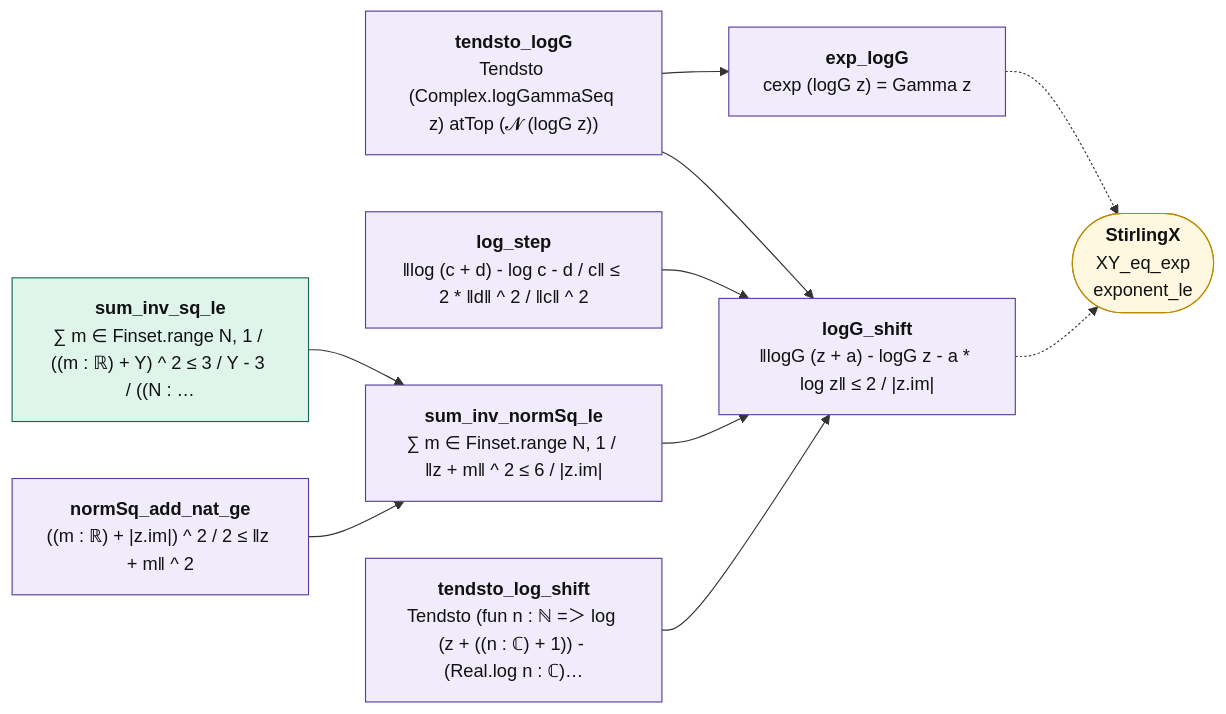
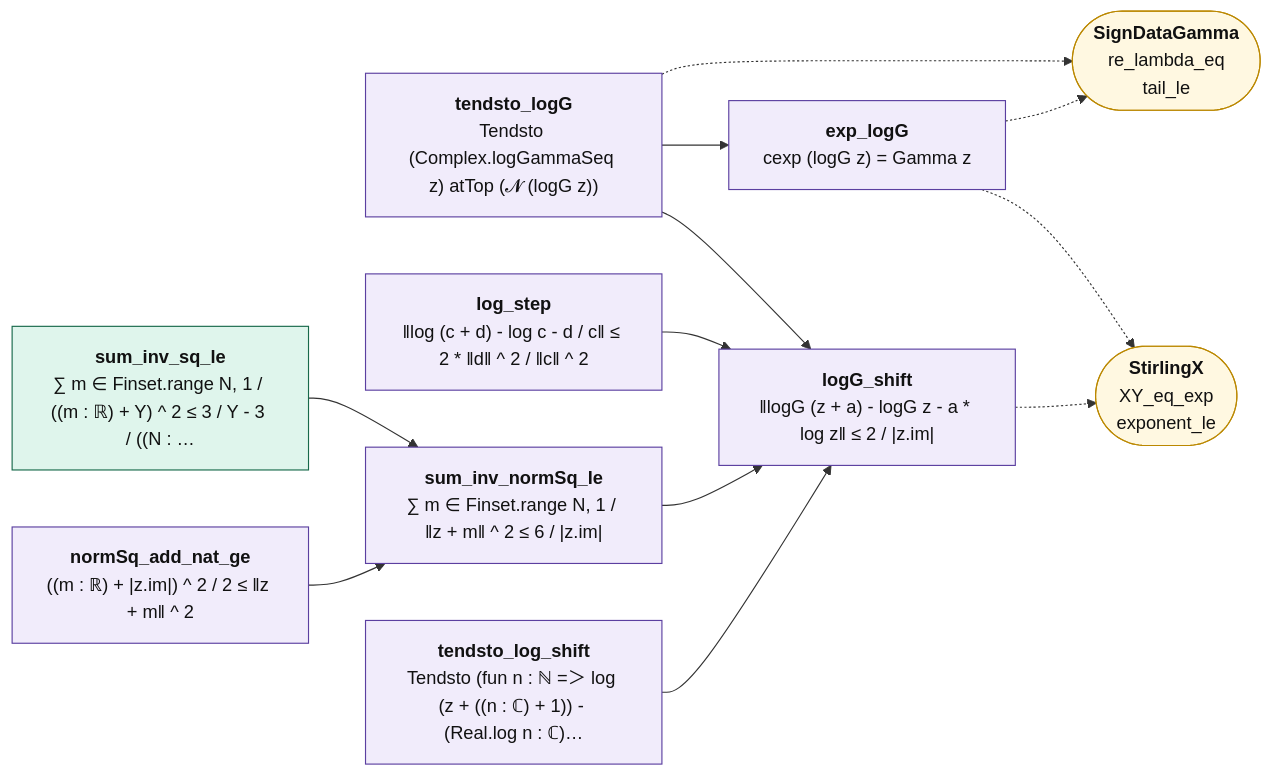
One commit to juliansambranojr/Primebeat_081426 changed the diagram in map/lean_stage3/StirlingLog.md. Above: the diagram before and after it, drawn with Mermaid. The commit also changed other lines of this file and 180 other files, not shown here.

````diff
--- a/map/lean_stage3/StirlingLog.md
+++ b/map/lean_stage3/StirlingLog.md
@@ -14,29 +14,32 @@
 ```mermaid
 flowchart LR
   n0["<b>tendsto_logG</b><br/>Tendsto (Complex.logGammaSeq z) atTop (𝓝 (logG z))"]:::shp
   n1["<b>exp_logG</b><br/>cexp (logG z) = Gamma z"]:::shp
   n2["<b>log_step</b><br/>‖log (c + d) - log c - d / c‖ ≤ 2 * ‖d‖ ^ 2 / ‖c‖ ^ 2"]:::shp
   n3["<b>sum_inv_sq_le</b><br/>∑ m ∈ Finset.range N, 1 / ((m : ℝ) + Y) ^ 2 ≤ 3 / Y - 3 / ((N : …"]:::cnt
   n4["<b>normSq_add_nat_ge</b><br/>((m : ℝ) + |z.im|) ^ 2 / 2 ≤ ‖z + m‖ ^ 2"]:::shp
   n5["<b>sum_inv_normSq_le</b><br/>∑ m ∈ Finset.range N, 1 / ‖z + m‖ ^ 2 ≤ 6 / |z.im|"]:::shp
   n6["<b>tendsto_log_shift</b><br/>Tendsto (fun n : ℕ =＞ log (z + ((n : ℂ) + 1)) - (Real.log n : ℂ)…"]:::shp
   n7["<b>logG_shift</b><br/>‖logG (z + a) - logG z - a * log z‖ ≤ 2 / |z.im|"]:::shp
-  x0(["<b>StirlingX</b><br/>XY_eq_exp<br/>exponent_le"]):::ext
+  x0(["<b>SignDataGamma</b><br/>re_lambda_eq<br/>tail_le"]):::ext
+  x1(["<b>StirlingX</b><br/>XY_eq_exp<br/>exponent_le"]):::ext
   n0 --> n1
   n0 --> n7
   n2 --> n7
   n3 --> n5
   n4 --> n5
   n5 --> n7
   n6 --> n7
+  n0 -.-> x0
   n1 -.-> x0
-  n7 -.-> x0
+  n1 -.-> x1
+  n7 -.-> x1
   classDef cnt fill:#dff5ec,stroke:#17694a,color:#111
   classDef shp fill:#f1ecfb,stroke:#5b3fa0,color:#111
   classDef rh fill:#ffe5e5,stroke:#c22,color:#111,stroke-width:2px
   classDef thm fill:#eef4ff,stroke:#335,color:#111
   classDef end_ fill:#e7f7e7,stroke:#2a7,color:#111,stroke-width:2px
   classDef lone fill:#fff,stroke:#999,color:#111,stroke-dasharray:4 3
   classDef bad fill:#ffe5e5,stroke:#c22,color:#111,stroke-width:2px
   classDef ext fill:#fff8e1,stroke:#b80,color:#111
 ```
````
